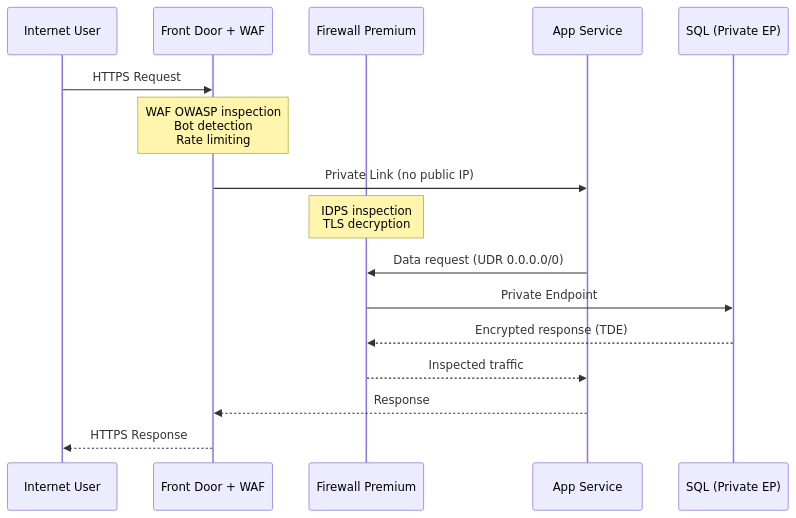
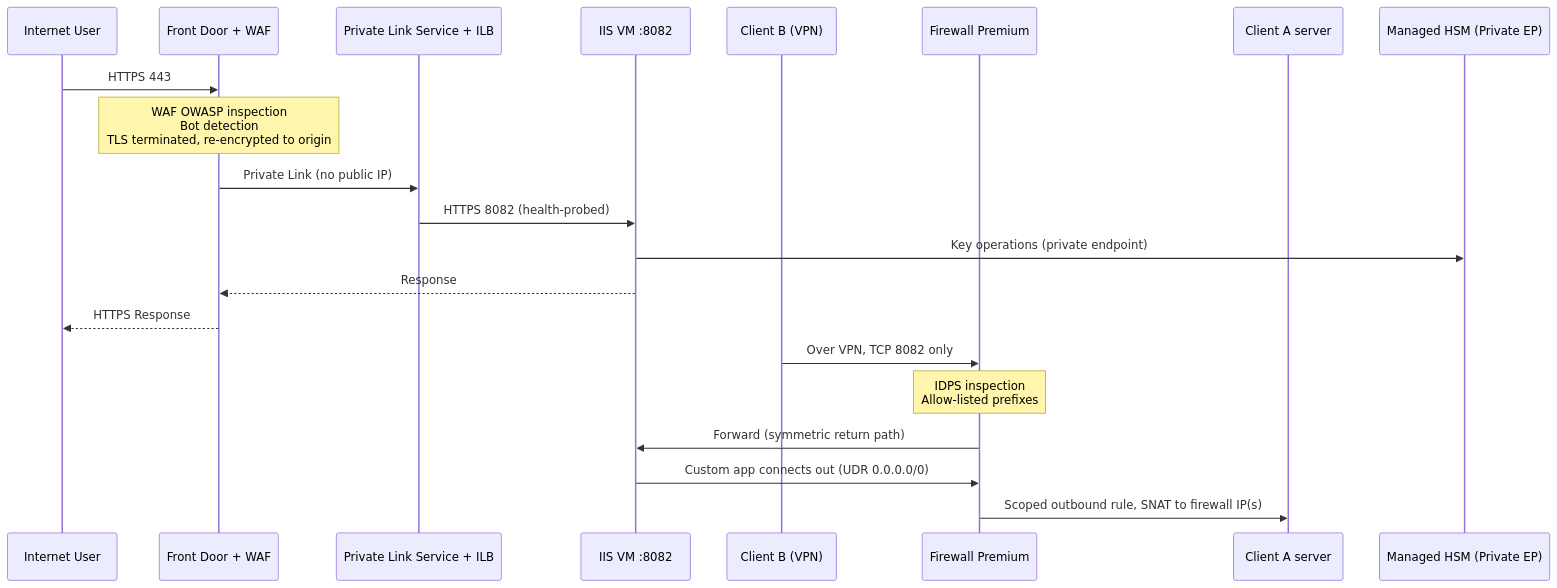
One commit to microsoftmrinal/azure-landing-zone-pci-dss changed the third of 5 diagrams in README.md. Above: the diagram before and after it, drawn with Mermaid. The commit also changed other lines of this file and 28 other files, not shown here.

First line of the commit message:
Replace App Service with Windows IIS VMs (NEU + WEU) behind Front Door Private Link

````diff
--- a/README.md
+++ b/README.md
@@ -103,19 +110,26 @@
 ```mermaid
 sequenceDiagram
     participant User as Internet User
     participant FD as Front Door + WAF
+    participant PLS as Private Link Service + ILB
+    participant IIS as IIS VM :8082
+    participant B as Client B (VPN)
     participant FW as Firewall Premium
-    participant App as App Service
-    participant SQL as SQL (Private EP)
+    participant A as Client A server
+    participant HSM as Managed HSM (Private EP)
 
-    User->>FD: HTTPS Request
-    Note over FD: WAF OWASP inspection<br/>Bot detection<br/>Rate limiting
-    FD->>App: Private Link (no public IP)
-    Note over FW: IDPS inspection<br/>TLS decryption
-    App->>FW: Data request (UDR 0.0.0.0/0)
-    FW->>SQL: Private Endpoint
-    SQL-->>FW: Encrypted response (TDE)
-    FW-->>App: Inspected traffic
-    App-->>FD: Response
+    User->>FD: HTTPS 443
+    Note over FD: WAF OWASP inspection<br/>Bot detection<br/>TLS terminated, re-encrypted to origin
+    FD->>PLS: Private Link (no public IP)
+    PLS->>IIS: HTTPS 8082 (health-probed)
+    IIS->>HSM: Key operations (private endpoint)
+    IIS-->>FD: Response
     FD-->>User: HTTPS Response
+
+    B->>FW: Over VPN, TCP 8082 only
+    Note over FW: IDPS inspection<br/>Allow-listed prefixes
+    FW->>IIS: Forward (symmetric return path)
+
+    IIS->>FW: Custom app connects out (UDR 0.0.0.0/0)
+    FW->>A: Scoped outbound rule, SNAT to firewall IP(s)
 ```
````
